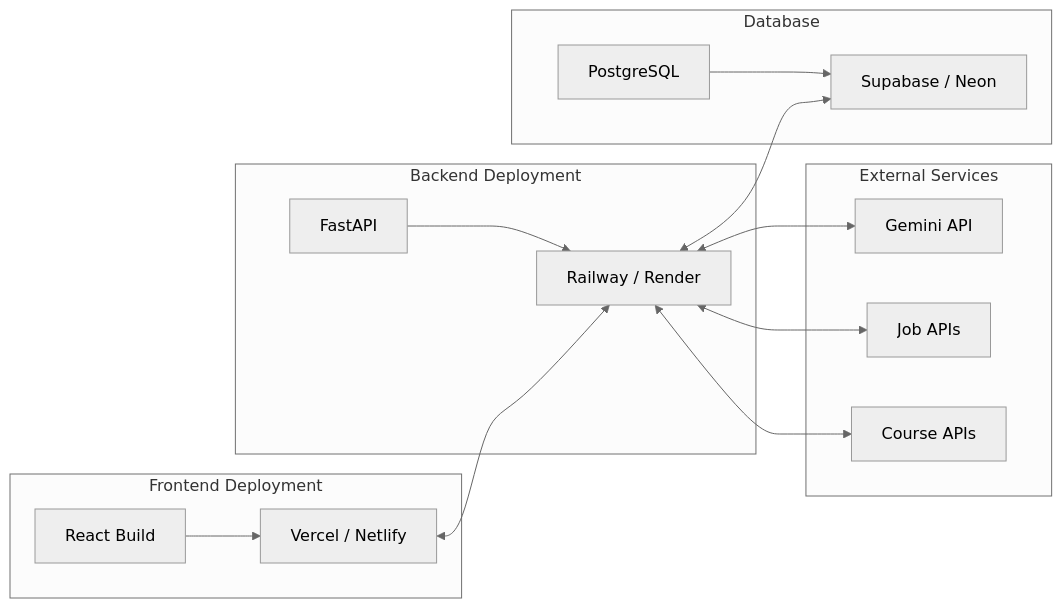
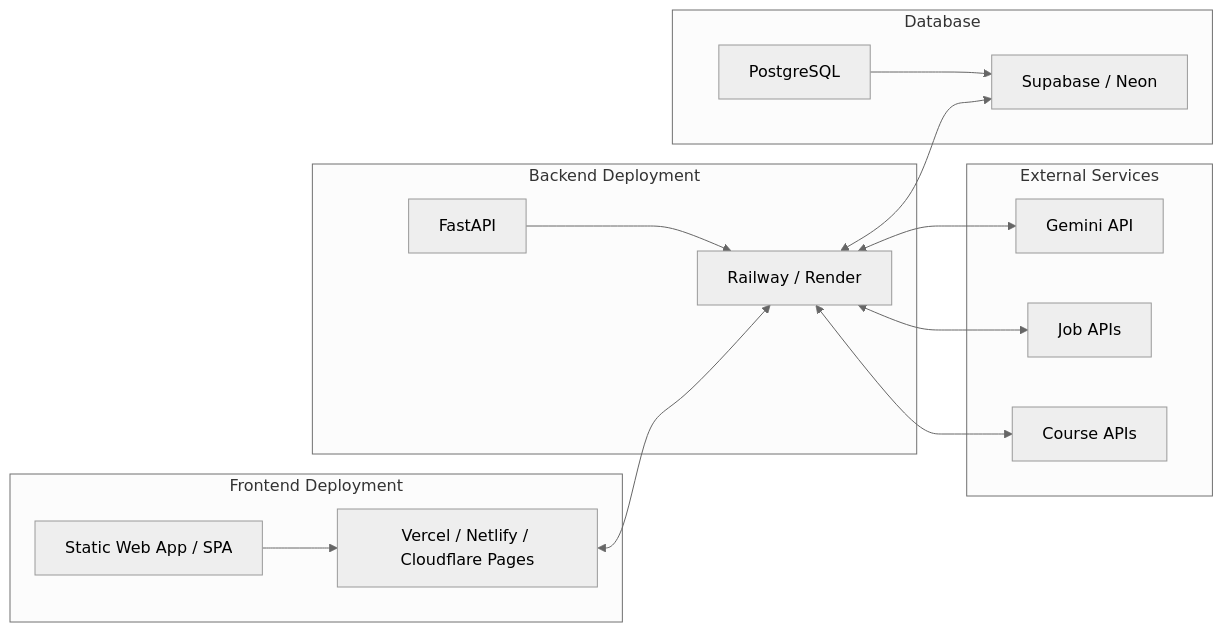
One commit to dyajaballh8/CareerPilot-AI changed the ninth of 10 diagrams in docs/CareerPilot_AI_Plan.md. Above: the diagram before and after it, drawn with Mermaid (neutral theme). The commit also changed other lines of this file and 57 other files, not shown here.

Commit message:
feat: complete Phase 1 - modular architecture, multi-platform courses, enhanced UI and documentation

````diff
--- a/docs/CareerPilot_AI_Plan.md
+++ b/docs/CareerPilot_AI_Plan.md
@@ -445,26 +443,26 @@
 ```mermaid
 flowchart LR
     subgraph Frontend["Frontend Deployment"]
-        R["React Build"] --> V["Vercel / Netlify"]
+        R["Static Web App / SPA"] --> V["Vercel / Netlify / Cloudflare Pages"]
     end
 
     subgraph Backend["Backend Deployment"]
         F["FastAPI"] --> RW["Railway / Render"]
     end
 
     subgraph Database["Database"]
         PG["PostgreSQL"] --> SP["Supabase / Neon"]
     end
 
     subgraph Services["External Services"]
         G["Gemini API"]
         J["Job APIs"]
         C["Course APIs"]
     end
 
     V <--> RW
     RW <--> SP
     RW <--> G
     RW <--> J
     RW <--> C
 ```
````
